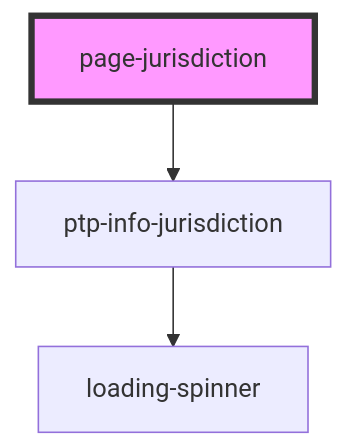
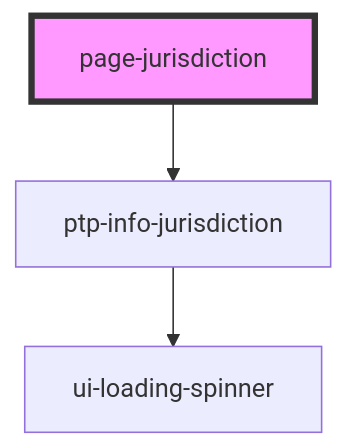
One commit to pizza-to-the-polls/power-the-polls changed the diagram in site/src/components/page-jurisdiction/readme.md. Above: the diagram before and after it, drawn with Mermaid. The commit also changed 26 other files, not shown here.

````diff
--- a/site/src/components/page-jurisdiction/readme.md
+++ b/site/src/components/page-jurisdiction/readme.md
@@ -22,6 +22,6 @@
 ```mermaid
 graph TD;
   page-jurisdiction --> ptp-info-jurisdiction
-  ptp-info-jurisdiction --> loading-spinner
+  ptp-info-jurisdiction --> ui-loading-spinner
   style page-jurisdiction fill:#f9f,stroke:#333,stroke-width:4px
 ```
````
